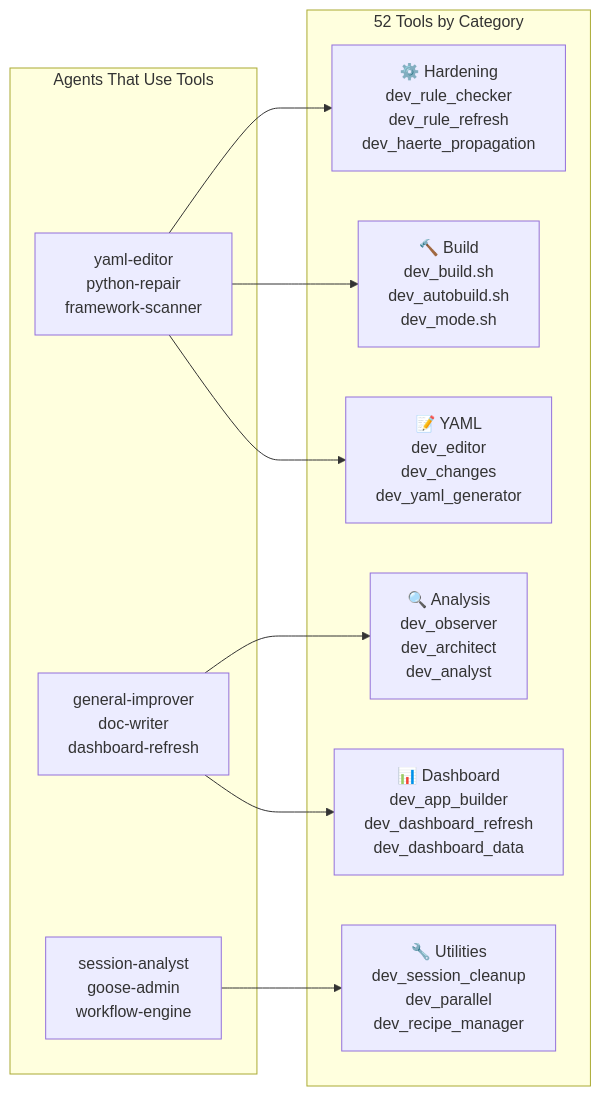
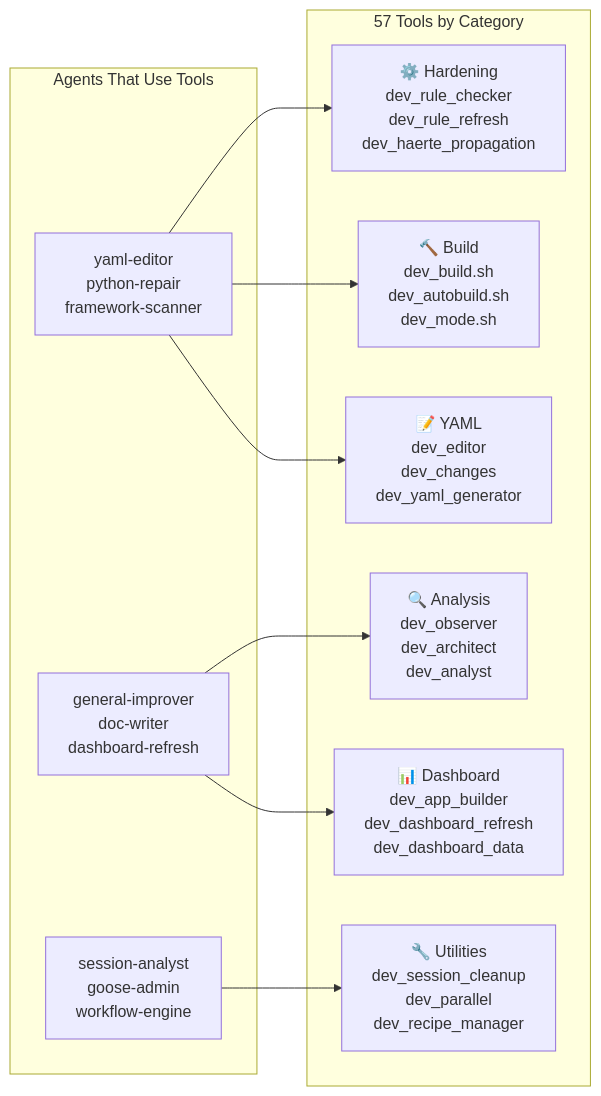
The fifth of 5 diagrams in docs/architecture.md (mczardybon/mas-engineer), drawn with Mermaid before and after one commit. The commit also changed other lines of this file and 9 other files, not shown here.

````diff
--- a/docs/architecture.md
+++ b/docs/architecture.md
@@ -244,20 +244,20 @@
 ```mermaid
 flowchart LR
     subgraph AGENTS["Agents That Use Tools"]
         A1["yaml-editor\npython-repair\nframework-scanner"]
         A2["general-improver\ndoc-writer\ndashboard-refresh"]
         A3["session-analyst\ngoose-admin\nworkflow-engine"]
     end
-    subgraph TOOLS["52 Tools by Category"]
+    subgraph TOOLS["57 Tools by Category"]
         T1["⚙️ Hardening\ndev_rule_checker\ndev_rule_refresh\ndev_haerte_propagation"]
         T2["🔨 Build\ndev_build.sh\ndev_autobuild.sh\ndev_mode.sh"]
         T3["🔍 Analysis\ndev_observer\ndev_architect\ndev_analyst"]
         T4["📝 YAML\ndev_editor\ndev_changes\ndev_yaml_generator"]
         T5["📊 Dashboard\ndev_app_builder\ndev_dashboard_refresh\ndev_dashboard_data"]
         T6["🔧 Utilities\ndev_session_cleanup\ndev_parallel\ndev_recipe_manager"]
     end
 
     A1 --> T1 & T2 & T4
     A2 --> T3 & T5
     A3 --> T6
 ```
````
